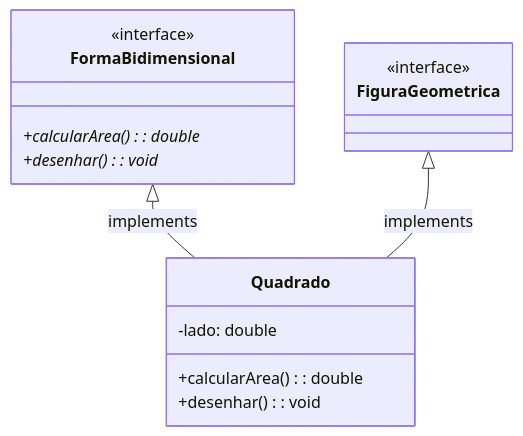
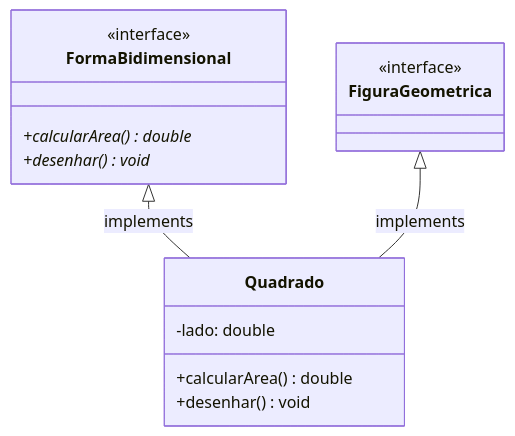
One commit to j-armenio/UFPR changed the fifth of 6 diagrams in PARADIGMAS/AnotParadigmas.md. Above: the diagram before and after it, drawn with Mermaid. The commit also changed other lines of this file, not shown here.

````diff
--- a/PARADIGMAS/AnotParadigmas.md
+++ b/PARADIGMAS/AnotParadigmas.md
@@ -797,20 +797,20 @@
 ```mermaid
 classDiagram
     direction TB
 
     class FormaBidimensional {
-        +calcularArea(): double*
-        +desenhar(): void*
+        +calcularArea() double*
+        +desenhar() void*
     }
     <<interface>> FormaBidimensional
     class FiguraGeometrica
     <<interface>> FiguraGeometrica
     class Quadrado {
         -lado: double
-        +calcularArea(): double
-        +desenhar(): void
+        +calcularArea() double
+        +desenhar() void
     }
 
     FormaBidimensional <|-- Quadrado : implements
     FiguraGeometrica <|-- Quadrado : implements
 ```
````
